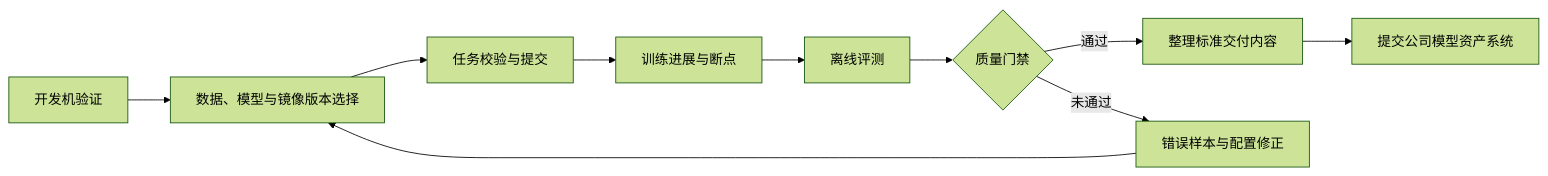
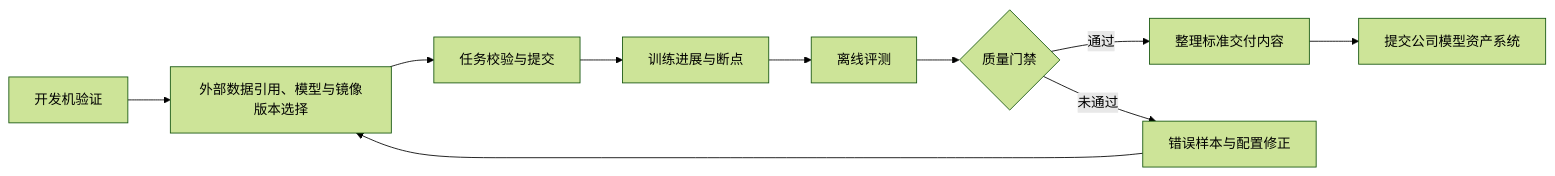
The first of 3 diagrams in docs/平台规划/0-大模型训练平台规划.md (gqcn/ltp), drawn with Mermaid (forest theme) before and after one commit. The commit also changed other lines of this file and 20 other files, not shown here.

````diff
--- a/docs/平台规划/0-大模型训练平台规划.md
+++ b/docs/平台规划/0-大模型训练平台规划.md
@@ -21,12 +30,12 @@
 ```mermaid
 flowchart LR
-    A["开发机验证"] --> B["数据、模型与镜像版本选择"]
+    A["开发机验证"] --> B["外部数据引用、模型与镜像版本选择"]
     B --> C["任务校验与提交"]
     C --> D["训练进展与断点"]
     D --> E["离线评测"]
     E --> F{"质量门禁"}
     F -->|"通过"| G["整理标准交付内容"]
     G --> H["提交公司模型资产系统"]
     F -->|"未通过"| I["错误样本与配置修正"]
     I --> B
 ```
````
